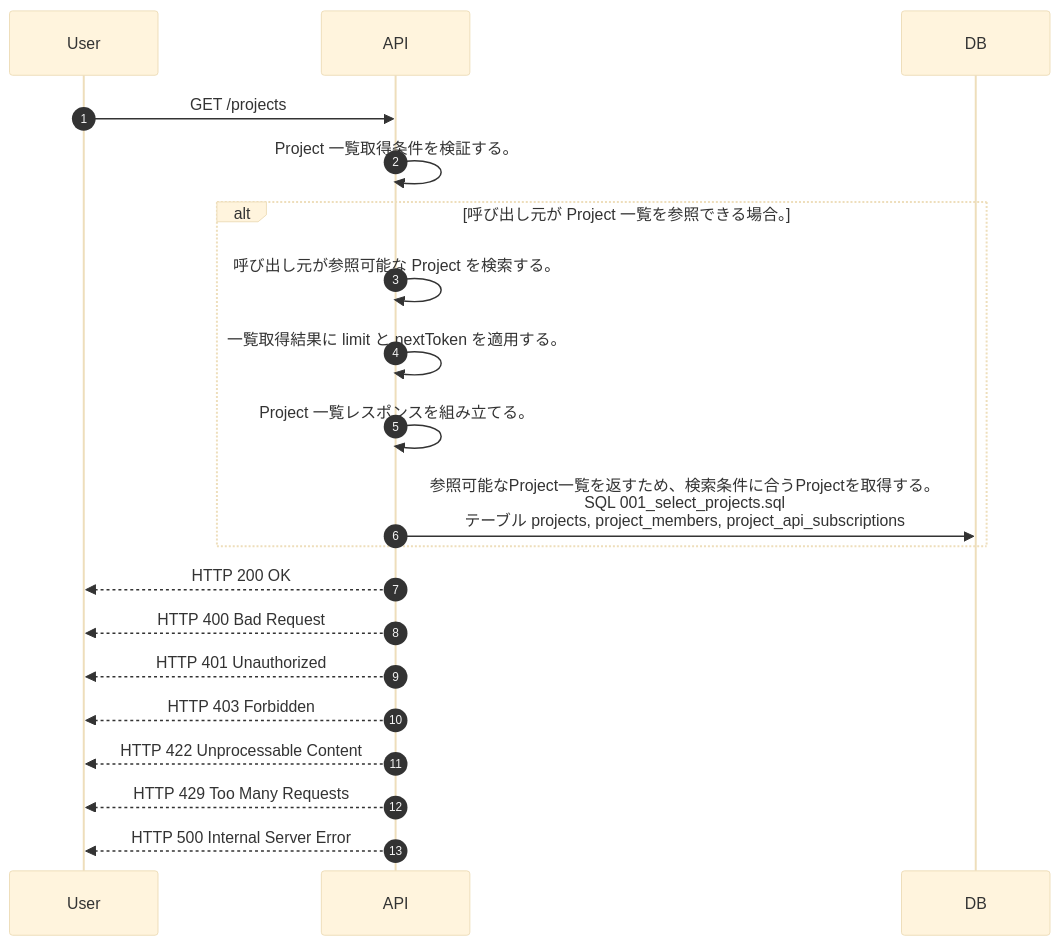
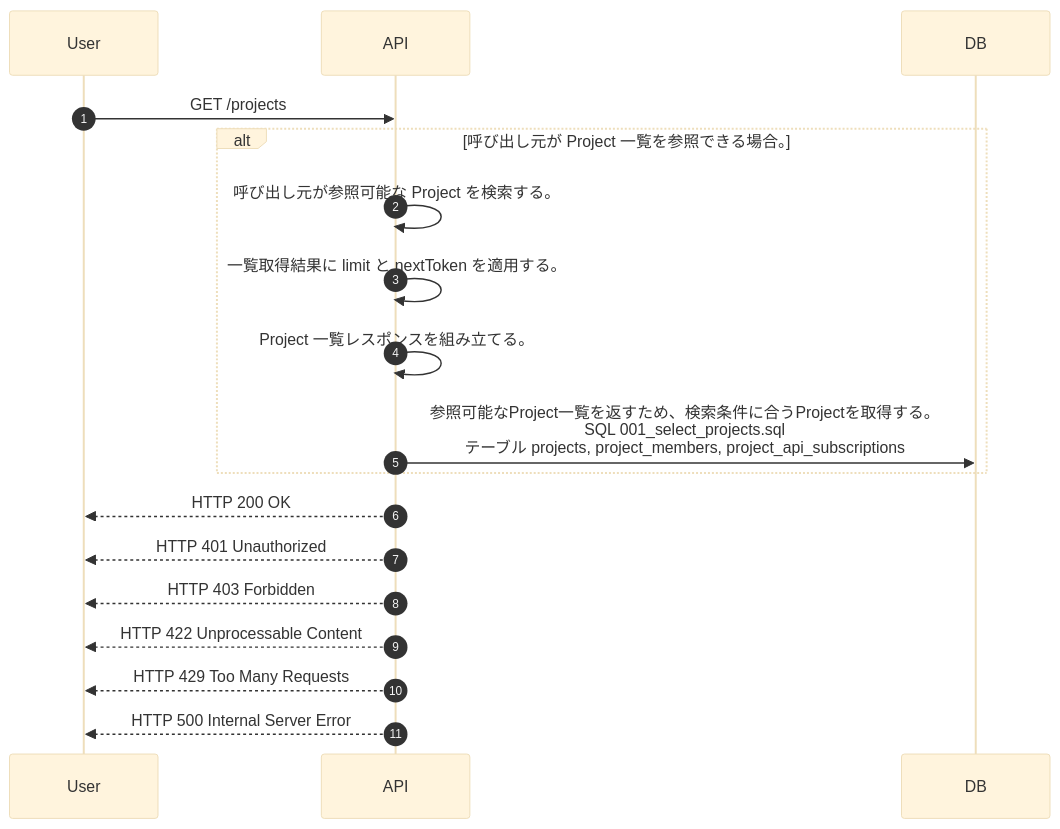
The diagram in docs/spec/40.apis/projects/list_projects/sequence_gen.md (tsuji-tomonori/lazunex), drawn with Mermaid (base theme) before and after one commit. The commit also changed 39 other files, not shown here.

````diff
--- a/docs/spec/40.apis/projects/list_projects/sequence_gen.md
+++ b/docs/spec/40.apis/projects/list_projects/sequence_gen.md
@@ -5,22 +5,20 @@
 ```mermaid
 sequenceDiagram
   autonumber
   participant User as User
   participant API as API
   participant DB as DB
   User->>API: GET /projects
-  API->>API: Project 一覧取得条件を検証する。
   alt 呼び出し元が Project 一覧を参照できる場合。
     API->>API: 呼び出し元が参照可能な Project を検索する。
     API->>API: 一覧取得結果に limit と nextToken を適用する。
     API->>API: Project 一覧レスポンスを組み立てる。
     API->>DB: 参照可能なProject一覧を返すため、検索条件に合うProjectを取得する。<br/>SQL 001_select_projects.sql<br/>テーブル projects, project_members, project_api_subscriptions
   end
   API-->>User: HTTP 200 OK
-  API-->>User: HTTP 400 Bad Request
   API-->>User: HTTP 401 Unauthorized
   API-->>User: HTTP 403 Forbidden
   API-->>User: HTTP 422 Unprocessable Content
   API-->>User: HTTP 429 Too Many Requests
   API-->>User: HTTP 500 Internal Server Error
 ```
````
